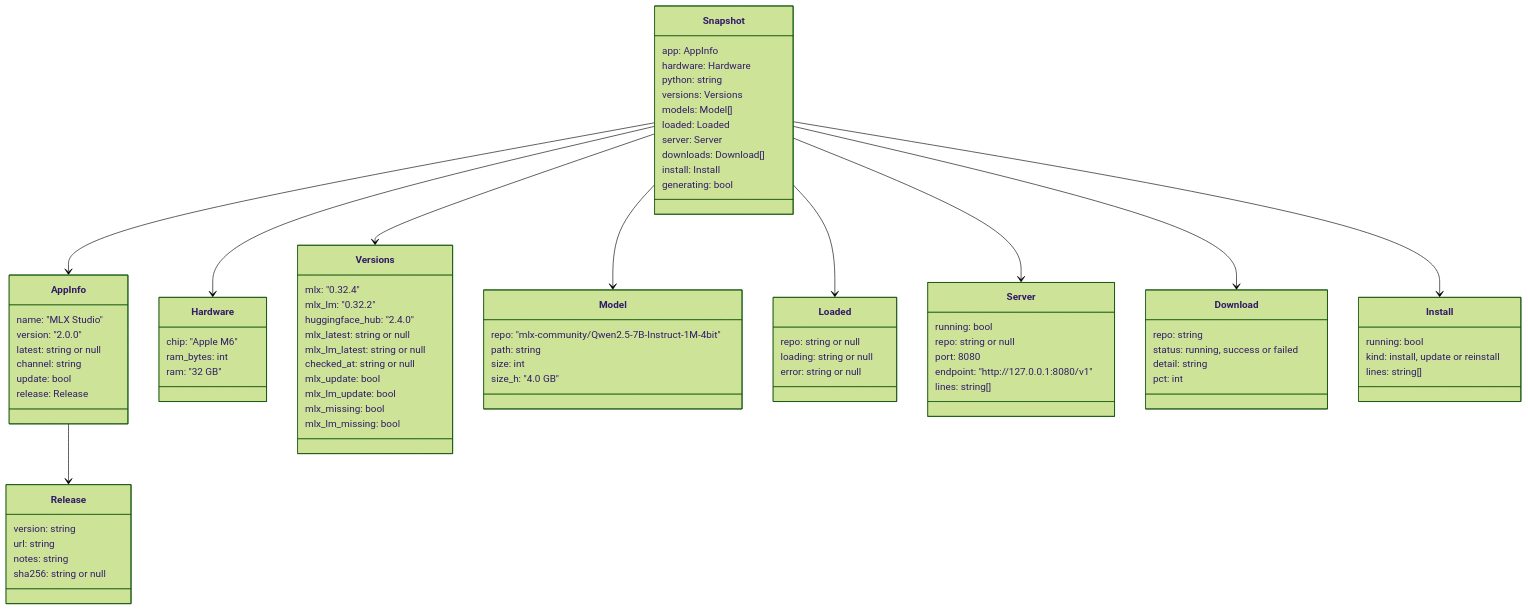
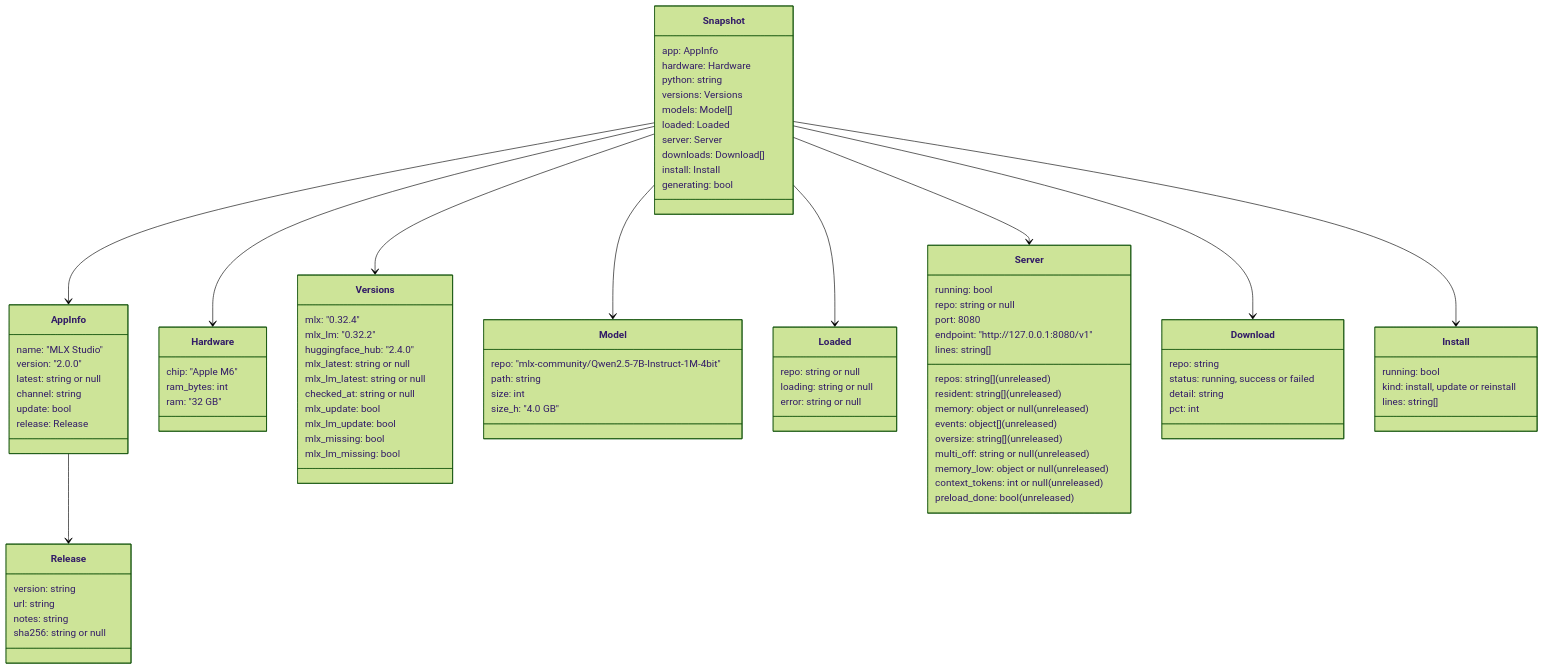
Before and after one commit to DipeshPansuriya/MLX_Model_App: the diagram in docs/diagrams/state-model.md, drawn with Mermaid (forest theme). The commit also changed other lines of this file and 58 other files, not shown here.

```diff
--- a/docs/diagrams/state-model.md
+++ b/docs/diagrams/state-model.md
@@ -83,6 +83,15 @@
         port: 8080
         endpoint: "http://127.0.0.1:8080/v1"
         lines: string[]
+        repos: string[] (unreleased)
+        resident: string[] (unreleased)
+        memory: object or null (unreleased)
+        events: object[] (unreleased)
+        oversize: string[] (unreleased)
+        multi_off: string or null (unreleased)
+        memory_low: object or null (unreleased)
+        context_tokens: int or null (unreleased)
+        preload_done: bool (unreleased)
     }
 
     class Download {
```
